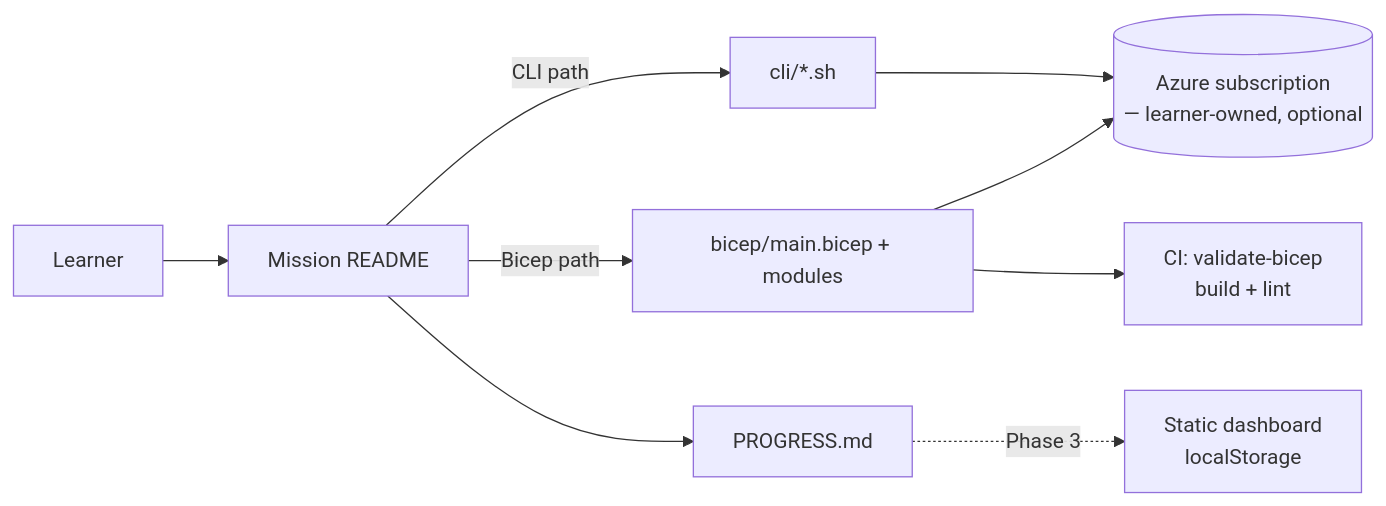
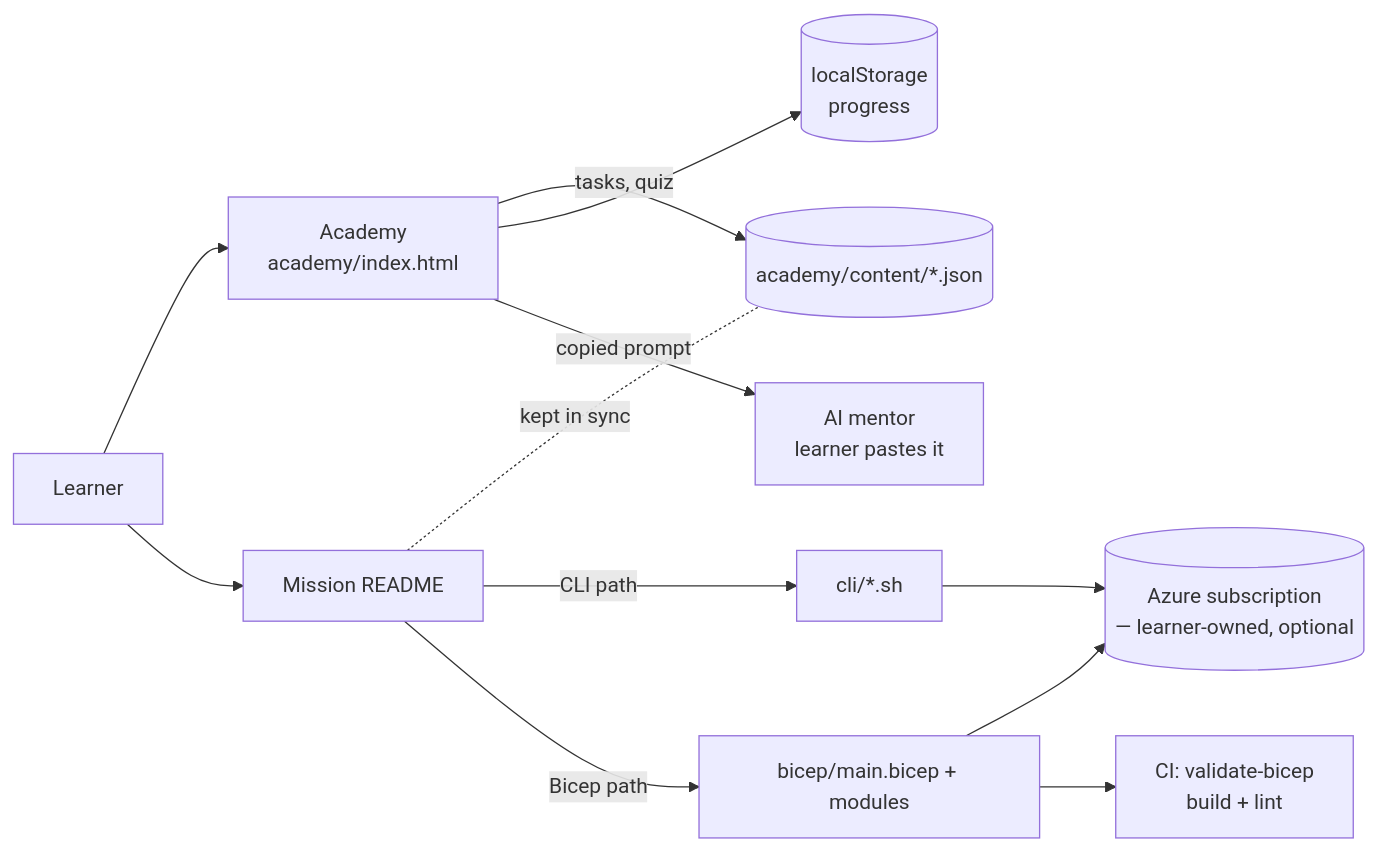
The first of 4 diagrams in docs/architecture.md (kaustubhagarwal18/azure-engineer-academy), drawn with Mermaid before and after one commit. The commit also changed other lines of this file and 10 other files, not shown here.

````diff
--- a/docs/architecture.md
+++ b/docs/architecture.md
@@ -12,11 +13,14 @@
 ```mermaid
 flowchart LR
-    L[Learner] --> M[Mission README]
+    L[Learner] --> A[Academy\nacademy/index.html]
+    L --> M[Mission README]
+    A -->|tasks, quiz| C[(academy/content/*.json)]
+    M -. kept in sync .- C
     M -->|CLI path| CLI[cli/*.sh]
     M -->|Bicep path| B[bicep/main.bicep + modules]
     CLI --> AZ[(Azure subscription\n— learner-owned, optional)]
     B --> AZ
     B --> CI[CI: validate-bicep\nbuild + lint]
-    M --> P[PROGRESS.md]
-    P -.Phase 3.-> D[Static dashboard\nlocalStorage]
+    A --> LS[(localStorage\nprogress)]
+    A -->|copied prompt| MENTOR[AI mentor\nlearner pastes it]
 ```
````
